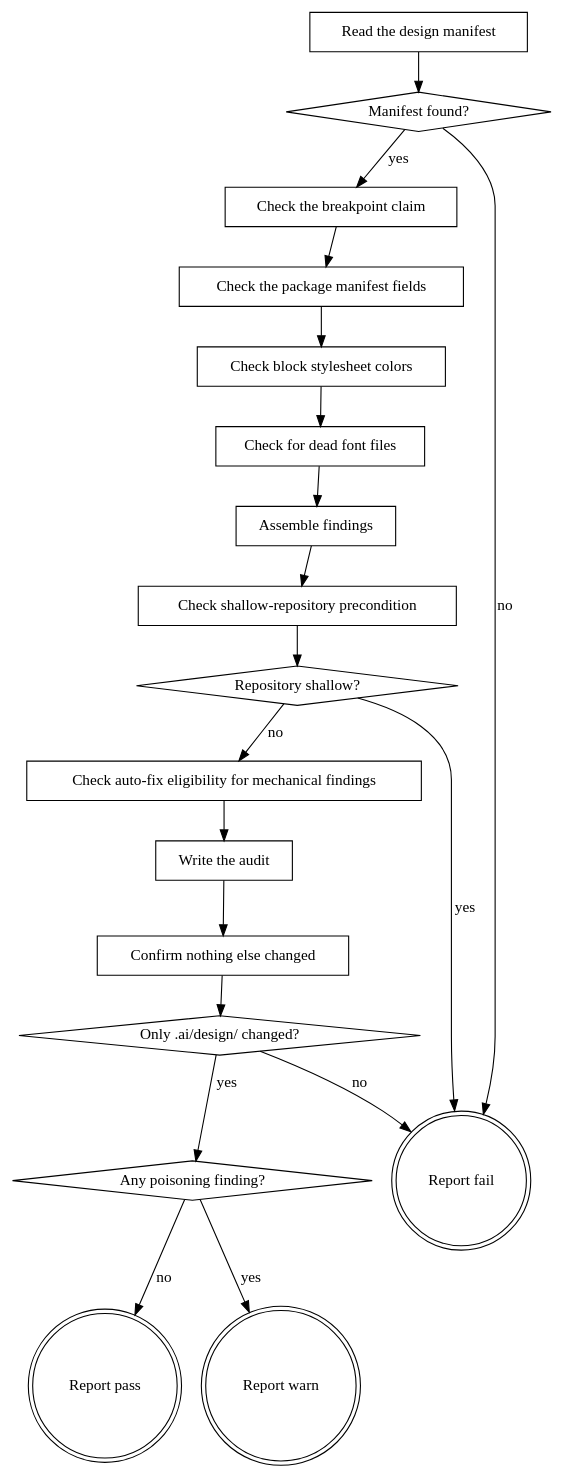
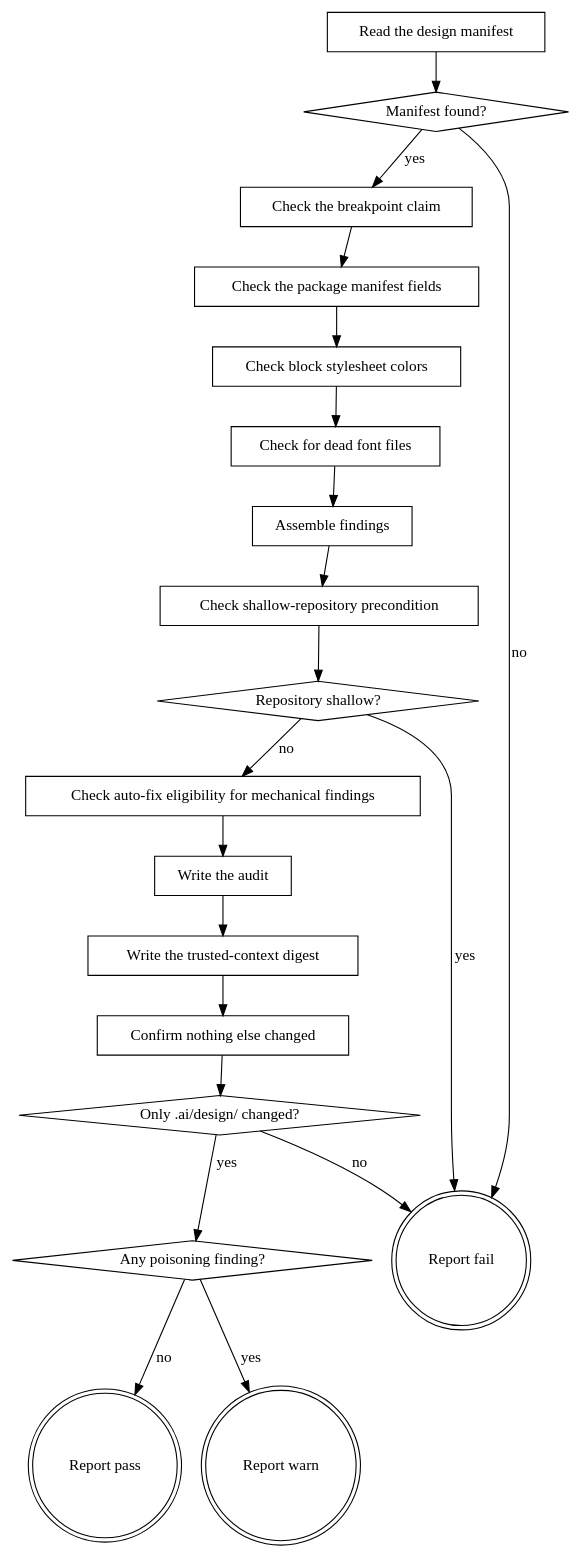
The diagram in plugins/eds/skills/eds-audit-design-system/SKILL.md (agenticDraft/aem-eds-ai-workflow-demo), drawn with Graphviz before and after one commit. The commit also changed other lines of this file and 35 other files, not shown here.

````diff
--- a/plugins/eds/skills/eds-audit-design-system/SKILL.md
+++ b/plugins/eds/skills/eds-audit-design-system/SKILL.md
@@ -34,40 +34,42 @@
 ```dot
 digraph eds_audit_design_system {
     "Read the design manifest" [shape=box];
     "Manifest found?" [shape=diamond];
     "Check the breakpoint claim" [shape=box];
     "Check the package manifest fields" [shape=box];
     "Check block stylesheet colors" [shape=box];
     "Check for dead font files" [shape=box];
     "Assemble findings" [shape=box];
     "Check shallow-repository precondition" [shape=box];
     "Repository shallow?" [shape=diamond];
     "Check auto-fix eligibility for mechanical findings" [shape=box];
     "Write the audit" [shape=box];
+    "Write the trusted-context digest" [shape=box];
     "Confirm nothing else changed" [shape=box];
     "Only .ai/design/ changed?" [shape=diamond];
     "Any poisoning finding?" [shape=diamond];
     "Report pass" [shape=doublecircle];
     "Report warn" [shape=doublecircle];
     "Report fail" [shape=doublecircle];
 
     "Read the design manifest" -> "Manifest found?";
     "Manifest found?" -> "Check the breakpoint claim" [label="yes"];
     "Manifest found?" -> "Report fail" [label="no"];
     "Check the breakpoint claim" -> "Check the package manifest fields";
     "Check the package manifest fields" -> "Check block stylesheet colors";
     "Check block stylesheet colors" -> "Check for dead font files";
     "Check for dead font files" -> "Assemble findings";
     "Assemble findings" -> "Check shallow-repository precondition";
     "Check shallow-repository precondition" -> "Repository shallow?";
     "Repository shallow?" -> "Report fail" [label="yes"];
     "Repository shallow?" -> "Check auto-fix eligibility for mechanical findings" [label="no"];
     "Check auto-fix eligibility for mechanical findings" -> "Write the audit";
-    "Write the audit" -> "Confirm nothing else changed";
+    "Write the audit" -> "Write the trusted-context digest";
+    "Write the trusted-context digest" -> "Confirm nothing else changed";
     "Confirm nothing else changed" -> "Only .ai/design/ changed?";
     "Only .ai/design/ changed?" -> "Any poisoning finding?" [label="yes"];
     "Only .ai/design/ changed?" -> "Report fail" [label="no"];
     "Any poisoning finding?" -> "Report warn" [label="yes"];
     "Any poisoning finding?" -> "Report pass" [label="no"];
 }
 ```
````
